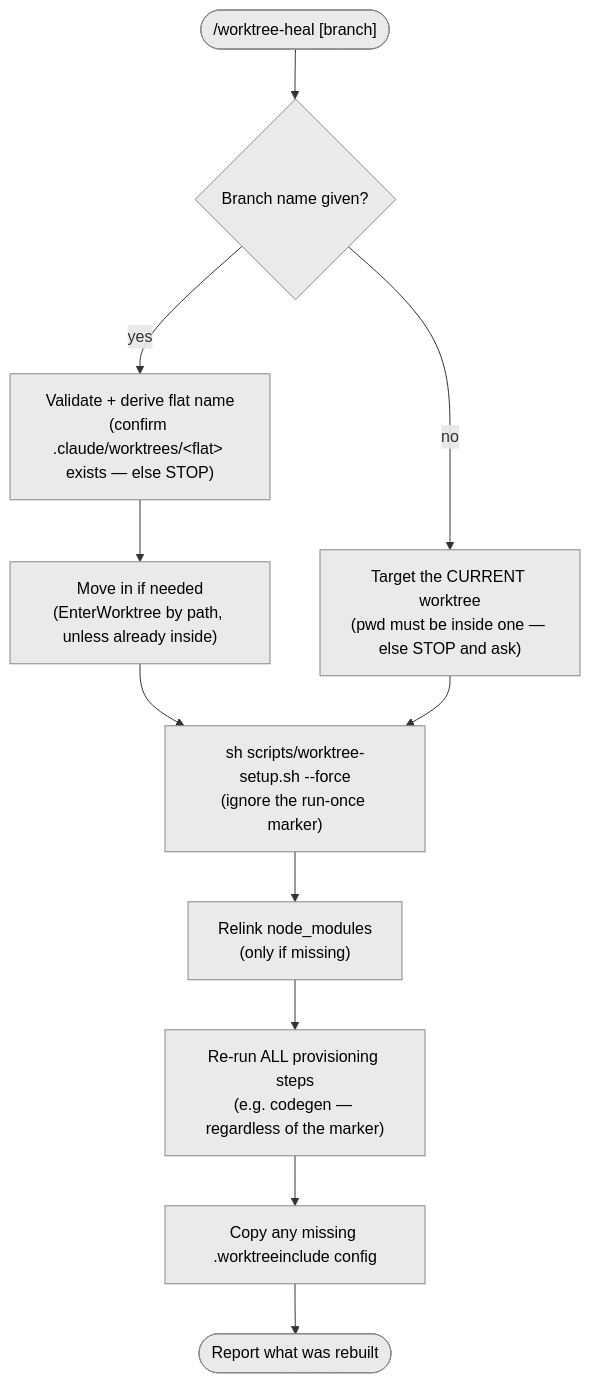
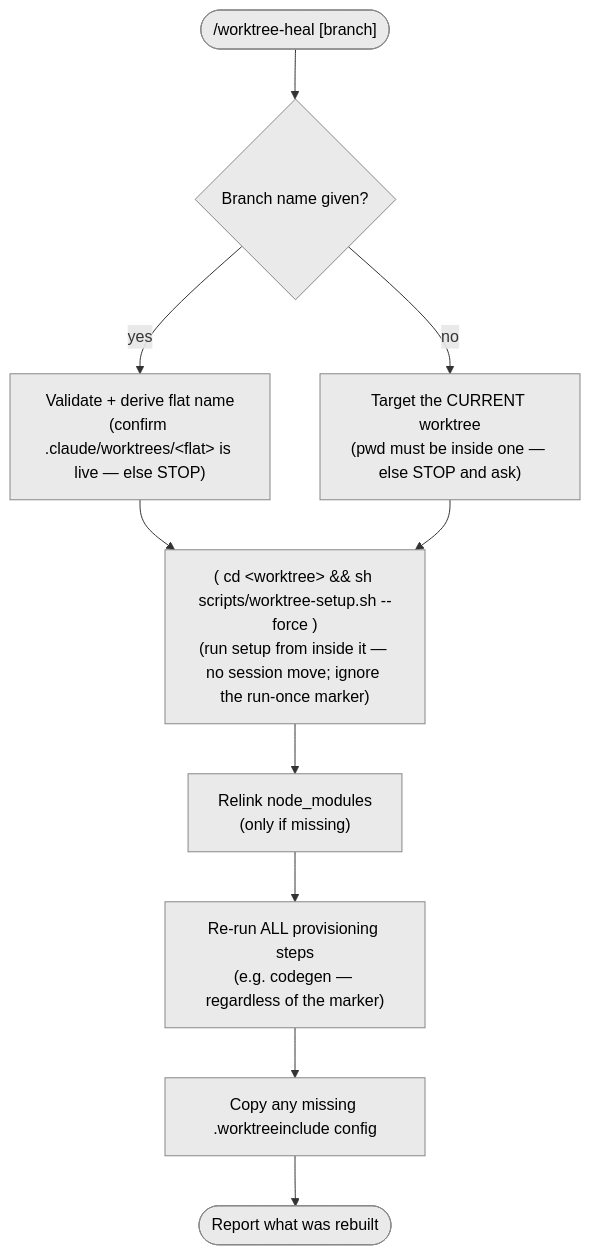
Before and after one commit to pilniczek/worktree-toolbox: the diagram in worktree-per-issue/docs/worktree-heal.md, drawn with Mermaid. The commit also changed other lines of this file and 30 other files, not shown here.

Commit message:
✨ worktree command logic changed to shell scripts

````diff
--- a/worktree-per-issue/docs/worktree-heal.md
+++ b/worktree-per-issue/docs/worktree-heal.md
@@ -13,17 +14,16 @@
 ```mermaid
 flowchart TD
   start(["/worktree-heal [branch]"])
   start --> hasarg{"Branch name given?"}
-  hasarg -->|"yes"| locate["Validate + derive flat name<br/>(confirm .claude/worktrees/&lt;flat&gt; exists — else STOP)"]
+  hasarg -->|"yes"| locate["Validate + derive flat name<br/>(confirm .claude/worktrees/&lt;flat&gt; is live — else STOP)"]
   hasarg -->|"no"| current["Target the CURRENT worktree<br/>(pwd must be inside one — else STOP and ask)"]
-  locate --> movein["Move in if needed<br/>(EnterWorktree by path, unless already inside)"]
-  movein --> heal
-  current --> heal["sh scripts/worktree-setup.sh --force<br/>(ignore the run-once marker)"]
+  locate --> heal
+  current --> heal["( cd &lt;worktree&gt; && sh scripts/worktree-setup.sh --force )<br/>(run setup from inside it — no session move; ignore the run-once marker)"]
   heal --> nm["Relink node_modules<br/>(only if missing)"]
   nm --> steps["Re-run ALL provisioning steps<br/>(e.g. codegen — regardless of the marker)"]
   steps --> cfg["Copy any missing .worktreeinclude config"]
   cfg --> report(["Report what was rebuilt"])
 
   classDef step fill:#eaeaea,stroke:#888,color:#000;
-  class start,hasarg,locate,current,movein,heal,nm,steps,cfg,report step;
+  class start,hasarg,locate,current,heal,nm,steps,cfg,report step;
 ```
````
